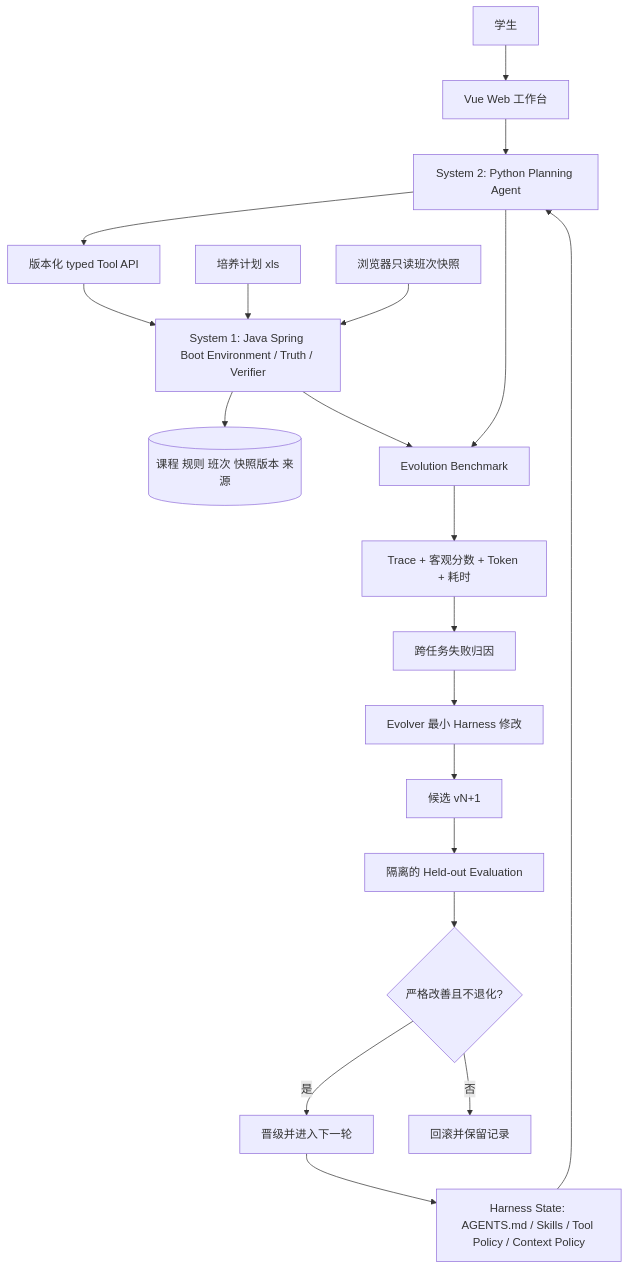
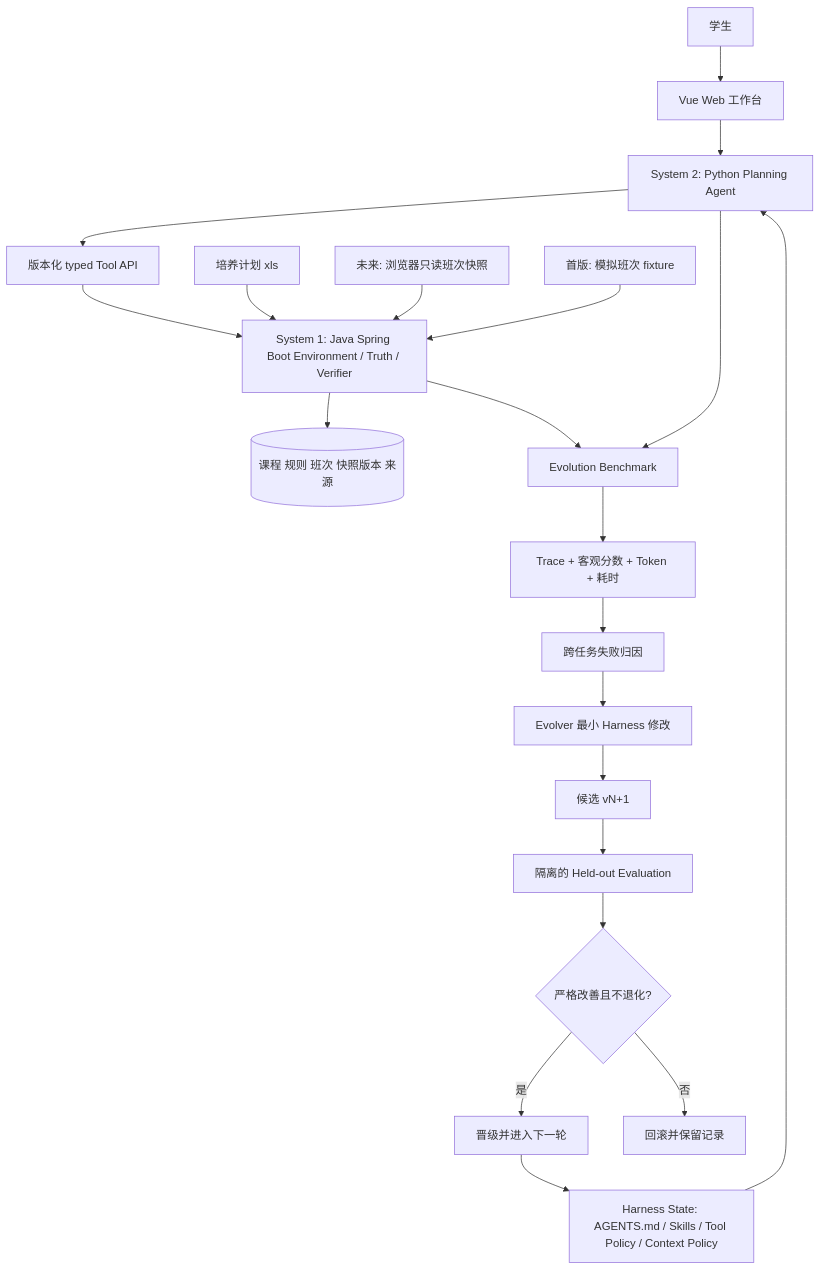
The diagram in docs/01-teacher-project-plan.md (HelicasECoode42/CoursePilot-Evo), drawn with Mermaid before and after one commit. The commit also changed other lines of this file and 23 other files, not shown here.

````diff
--- a/docs/01-teacher-project-plan.md
+++ b/docs/01-teacher-project-plan.md
@@ -13,22 +15,23 @@
 ```mermaid
 flowchart TB
   S[学生] --> UI[Vue Web 工作台]
   UI --> S2[System 2: Python Planning Agent]
   H[Harness State: AGENTS.md / Skills / Tool Policy / Context Policy] --> S2
   S2 --> API[版本化 typed Tool API]
   API --> S1[System 1: Java Spring Boot Environment / Truth / Verifier]
   XLS[培养计划 xls] --> S1
-  BA[浏览器只读班次快照] --> S1
+  BA[未来: 浏览器只读班次快照] --> S1
+  FIX[首版: 模拟班次 fixture] --> S1
   S1 --> DB[(课程 规则 班次 快照版本 来源)]
   S2 --> BM[Evolution Benchmark]
   S1 --> BM
   BM --> T[Trace + 客观分数 + Token + 耗时]
   T --> M[跨任务失败归因]
   M --> E[Evolver 最小 Harness 修改]
   E --> C[候选 vN+1]
   C --> HO[隔离的 Held-out Evaluation]
   HO --> G{严格改善且不退化?}
   G -->|是| P[晋级并进入下一轮]
   G -->|否| R[回滚并保留记录]
   P --> H
 ```
````
